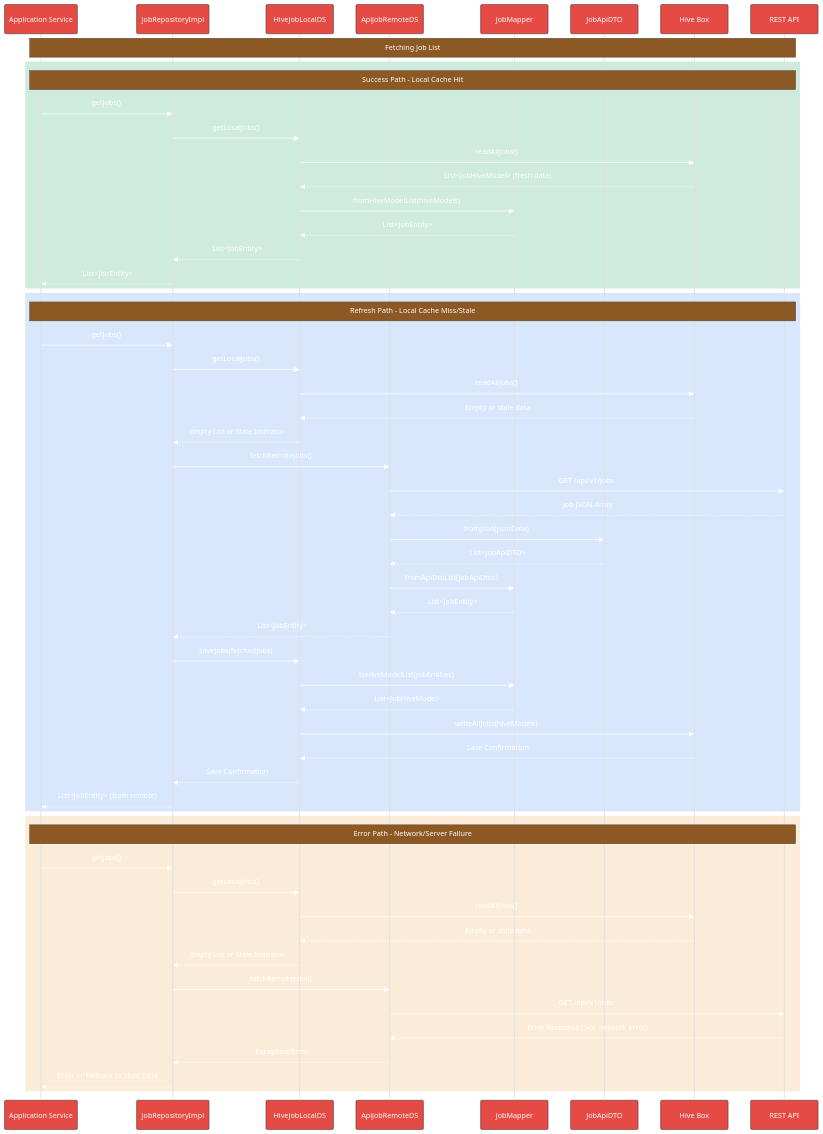
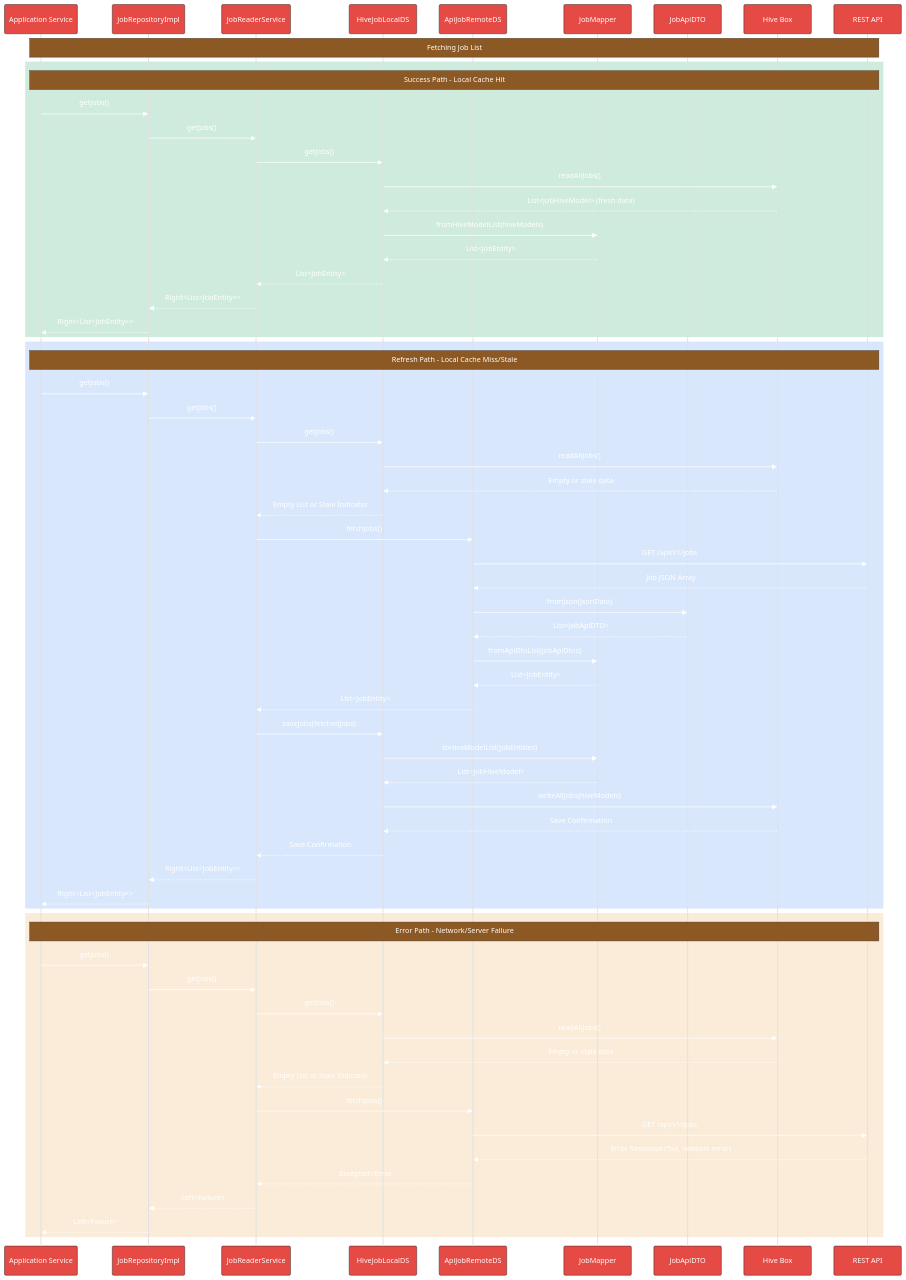
The second of 3 diagrams in docs/fresh-start/job_dataflow.md (MediScribe/docjet-mobile), drawn with Mermaid before and after one commit. The commit also changed other lines of this file, not shown here.

First line of the commit message:
Updated architecture document

````diff
--- a/docs/fresh-start/job_dataflow.md
+++ b/docs/fresh-start/job_dataflow.md
@@ -115,6 +157,7 @@
 sequenceDiagram
     participant AppSvc as Application Service
     participant JobRepo as JobRepositoryImpl
+    participant ReaderSvc as JobReaderService
     participant LocalDS as HiveJobLocalDS
     participant RemoteDS as ApiJobRemoteDS
     participant Mapper as JobMapper
@@ -128,52 +171,58 @@
     rect rgb(15, 157, 88, 0.2)
     Note over AppSvc, API: Success Path - Local Cache Hit
     AppSvc->>JobRepo: getJobs()
-    JobRepo->>LocalDS: getLocalJobs()
+    JobRepo->>ReaderSvc: getJobs()
+    ReaderSvc->>LocalDS: getJobs()
     LocalDS->>Hive: readAllJobs()
     Hive-->>LocalDS: List<JobHiveModel> (fresh data)
     LocalDS->>Mapper: fromHiveModelList(hiveModels)
     Mapper-->>LocalDS: List<JobEntity>
-    LocalDS-->>JobRepo: List<JobEntity>
-    JobRepo-->>AppSvc: List<JobEntity>
+    LocalDS-->>ReaderSvc: List<JobEntity>
+    ReaderSvc-->>JobRepo: Right<List<JobEntity>>
+    JobRepo-->>AppSvc: Right<List<JobEntity>>
     end
     
     %% Refresh Path - Remote Fetch
     rect rgb(66, 133, 244, 0.2)
     Note over AppSvc, API: Refresh Path - Local Cache Miss/Stale
     AppSvc->>JobRepo: getJobs()
-    JobRepo->>LocalDS: getLocalJobs()
+    JobRepo->>ReaderSvc: getJobs()
+    ReaderSvc->>LocalDS: getJobs()
     LocalDS->>Hive: readAllJobs()
     Hive-->>LocalDS: Empty or stale data
-    LocalDS-->>JobRepo: Empty List or Stale Indicator
-    JobRepo->>RemoteDS: fetchRemoteJobs()
+    LocalDS-->>ReaderSvc: Empty List or Stale Indicator
+    ReaderSvc->>RemoteDS: fetchJobs()
     RemoteDS->>API: GET /api/v1/jobs
     API-->>RemoteDS: Job JSON Array
     RemoteDS->>ApiDTO: fromJson(jsonData)
     ApiDTO-->>RemoteDS: List<JobApiDTO>
     RemoteDS->>Mapper: fromApiDtoList(jobApiDtos)
     Mapper-->>RemoteDS: List<JobEntity>
-    RemoteDS-->>JobRepo: List<JobEntity>
-    JobRepo->>LocalDS: saveJobs(fetchedJobs)
+    RemoteDS-->>ReaderSvc: List<JobEntity>
+    ReaderSvc->>LocalDS: saveJobs(fetchedJobs)
     LocalDS->>Mapper: toHiveModelList(jobEntities)
     Mapper-->>LocalDS: List<JobHiveModel>
     LocalDS->>Hive: writeAllJobs(hiveModels)
     Hive-->>LocalDS: Save Confirmation
-    LocalDS-->>JobRepo: Save Confirmation
-    JobRepo-->>AppSvc: List<JobEntity> (from remote)
+    LocalDS-->>ReaderSvc: Save Confirmation
+    ReaderSvc-->>JobRepo: Right<List<JobEntity>>
+    JobRepo-->>AppSvc: Right<List<JobEntity>>
     end
     
     %% Error Path
     rect rgb(230, 162, 60, 0.2)
     Note over AppSvc, API: Error Path - Network/Server Failure
     AppSvc->>JobRepo: getJobs()
-    JobRepo->>LocalDS: getLocalJobs()
+    JobRepo->>ReaderSvc: getJobs()
+    ReaderSvc->>LocalDS: getJobs()
     LocalDS->>Hive: readAllJobs()
     Hive-->>LocalDS: Empty or stale data
-    LocalDS-->>JobRepo: Empty List or Stale Indicator
-    JobRepo->>RemoteDS: fetchRemoteJobs()
+    LocalDS-->>ReaderSvc: Empty List or Stale Indicator
+    ReaderSvc->>RemoteDS: fetchJobs()
     RemoteDS->>API: GET /api/v1/jobs
     API-->>RemoteDS: Error Response (5xx, network error)
-    RemoteDS-->>JobRepo: Exception/Error
-    JobRepo-->>AppSvc: Error or Fallback to Stale Data
+    RemoteDS-->>ReaderSvc: Exception/Error
+    ReaderSvc-->>JobRepo: Left<Failure>
+    JobRepo-->>AppSvc: Left<Failure>
     end
 ```
````
